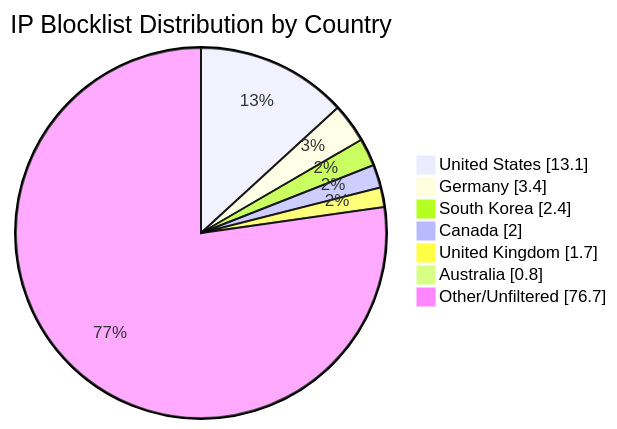
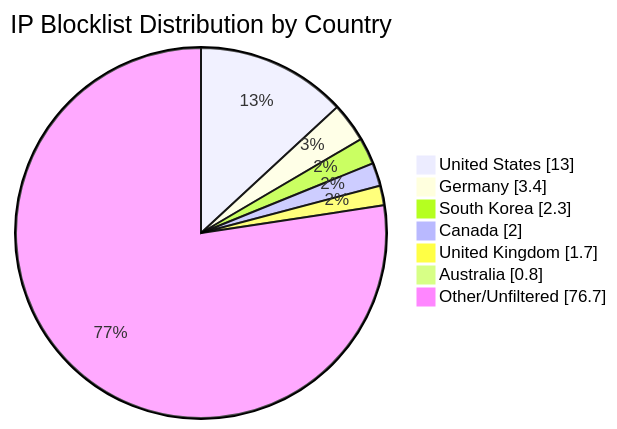
Before and after one commit to MarcusHoltz/ipblocklist-geofiltered-aggregator: the diagram in README.md, drawn with Mermaid. The commit also changed other lines of this file and 9 other files, not shown here.

````diff
--- a/README.md
+++ b/README.md
@@ -34,10 +34,10 @@
 ```mermaid
 pie showData title IP Blocklist Distribution by Country
-"United States" : 13.1
+"United States" : 13.0
 "Germany" : 3.4
-"South Korea" : 2.4
+"South Korea" : 2.3
 "Canada" : 2.0
 "United Kingdom" : 1.7
 "Australia" : 0.8
 "Other/Unfiltered" : 76.7
 ```
````
